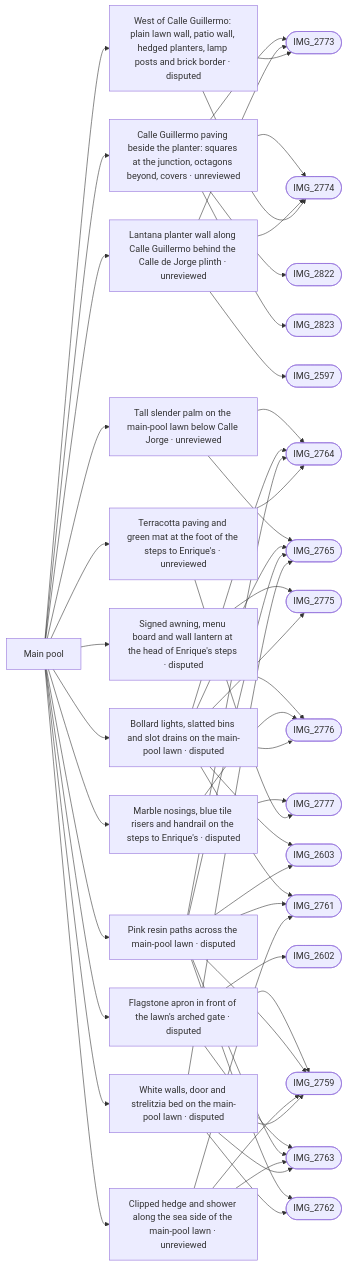
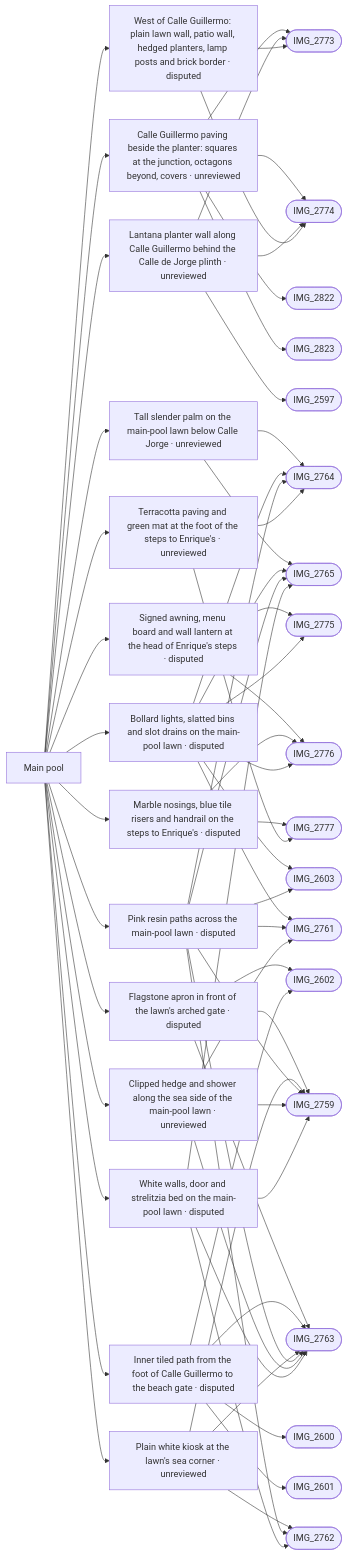
Before and after one commit to daveyboyc/villacana-venture: the diagram in refs/areas/main-pool.md, drawn with Mermaid. The commit also changed other lines of this file and 64 other files, not shown here.

First line of the commit message:
Main pool gate corner: slope closed, gate rebuilt, crossing outside it; path and palm on the aerial

````diff
--- a/refs/areas/main-pool.md
+++ b/refs/areas/main-pool.md
@@ -54,56 +56,65 @@
 ```mermaid
 graph LR
   A["Main pool"]
   A --> F0["Calle Guillermo paving beside the planter: squares at the junction, octagons beyond, covers · unreviewed"]
   F0 --> PIMG_2773_jpg(["IMG_2773"])
   F0 --> PIMG_2774_jpg(["IMG_2774"])
   F0 --> PIMG_2822_jpg(["IMG_2822"])
   F0 --> PIMG_2823_jpg(["IMG_2823"])
   A --> F1["Lantana planter wall along Calle Guillermo behind the Calle de Jorge plinth · unreviewed"]
   F1 --> PIMG_2597_jpg(["IMG_2597"])
   F1 --> PIMG_2773_jpg(["IMG_2773"])
   F1 --> PIMG_2774_jpg(["IMG_2774"])
   A --> F2["West of Calle Guillermo: plain lawn wall, patio wall, hedged planters, lamp posts and brick border · disputed"]
   F2 --> PIMG_2773_jpg(["IMG_2773"])
   F2 --> PIMG_2774_jpg(["IMG_2774"])
   A --> F3["Tall slender palm on the main-pool lawn below Calle Jorge · unreviewed"]
   F3 --> PIMG_2764_jpg(["IMG_2764"])
   F3 --> PIMG_2765_jpg(["IMG_2765"])
   A --> F4["Signed awning, menu board and wall lantern at the head of Enrique's steps · disputed"]
   F4 --> PIMG_2775_jpg(["IMG_2775"])
   F4 --> PIMG_2776_jpg(["IMG_2776"])
   A --> F5["Marble nosings, blue tile risers and handrail on the steps to Enrique's · disputed"]
   F5 --> PIMG_2776_jpg(["IMG_2776"])
   F5 --> PIMG_2777_jpg(["IMG_2777"])
   A --> F6["Bollard lights, slatted bins and slot drains on the main-pool lawn · disputed"]
   F6 --> PIMG_2603_jpg(["IMG_2603"])
   F6 --> PIMG_2761_jpg(["IMG_2761"])
   F6 --> PIMG_2764_jpg(["IMG_2764"])
   F6 --> PIMG_2765_jpg(["IMG_2765"])
   F6 --> PIMG_2775_jpg(["IMG_2775"])
   F6 --> PIMG_2776_jpg(["IMG_2776"])
   A --> F7["Flagstone apron in front of the lawn's arched gate · disputed"]
   F7 --> PIMG_2602_jpg(["IMG_2602"])
   F7 --> PIMG_2759_jpg(["IMG_2759"])
   F7 --> PIMG_2763_jpg(["IMG_2763"])
-  A --> F8["Pink resin paths across the main-pool lawn · disputed"]
-  F8 --> PIMG_2603_jpg(["IMG_2603"])
-  F8 --> PIMG_2759_jpg(["IMG_2759"])
-  F8 --> PIMG_2761_jpg(["IMG_2761"])
-  F8 --> PIMG_2762_jpg(["IMG_2762"])
+  A --> F8["Inner tiled path from the foot of Calle Guillermo to the beach gate · disputed"]
+  F8 --> PIMG_2600_jpg(["IMG_2600"])
+  F8 --> PIMG_2601_jpg(["IMG_2601"])
+  F8 --> PIMG_2602_jpg(["IMG_2602"])
   F8 --> PIMG_2763_jpg(["IMG_2763"])
-  F8 --> PIMG_2764_jpg(["IMG_2764"])
-  F8 --> PIMG_2765_jpg(["IMG_2765"])
-  A --> F9["Clipped hedge and shower along the sea side of the main-pool lawn · unreviewed"]
+  A --> F9["Plain white kiosk at the lawn's sea corner · unreviewed"]
   F9 --> PIMG_2759_jpg(["IMG_2759"])
-  F9 --> PIMG_2761_jpg(["IMG_2761"])
+  F9 --> PIMG_2762_jpg(["IMG_2762"])
   F9 --> PIMG_2763_jpg(["IMG_2763"])
-  A --> F10["White walls, door and strelitzia bed on the main-pool lawn · disputed"]
+  A --> F10["Pink resin paths across the main-pool lawn · disputed"]
+  F10 --> PIMG_2603_jpg(["IMG_2603"])
   F10 --> PIMG_2759_jpg(["IMG_2759"])
+  F10 --> PIMG_2761_jpg(["IMG_2761"])
   F10 --> PIMG_2762_jpg(["IMG_2762"])
   F10 --> PIMG_2763_jpg(["IMG_2763"])
+  F10 --> PIMG_2764_jpg(["IMG_2764"])
   F10 --> PIMG_2765_jpg(["IMG_2765"])
-  A --> F11["Terracotta paving and green mat at the foot of the steps to Enrique's · unreviewed"]
-  F11 --> PIMG_2764_jpg(["IMG_2764"])
-  F11 --> PIMG_2777_jpg(["IMG_2777"])
+  A --> F11["Clipped hedge and shower along the sea side of the main-pool lawn · unreviewed"]
+  F11 --> PIMG_2759_jpg(["IMG_2759"])
+  F11 --> PIMG_2761_jpg(["IMG_2761"])
+  F11 --> PIMG_2763_jpg(["IMG_2763"])
+  A --> F12["White walls, door and strelitzia bed on the main-pool lawn · disputed"]
+  F12 --> PIMG_2759_jpg(["IMG_2759"])
+  F12 --> PIMG_2762_jpg(["IMG_2762"])
+  F12 --> PIMG_2763_jpg(["IMG_2763"])
+  F12 --> PIMG_2765_jpg(["IMG_2765"])
+  A --> F13["Terracotta paving and green mat at the foot of the steps to Enrique's · unreviewed"]
+  F13 --> PIMG_2764_jpg(["IMG_2764"])
+  F13 --> PIMG_2777_jpg(["IMG_2777"])
 ```
````
